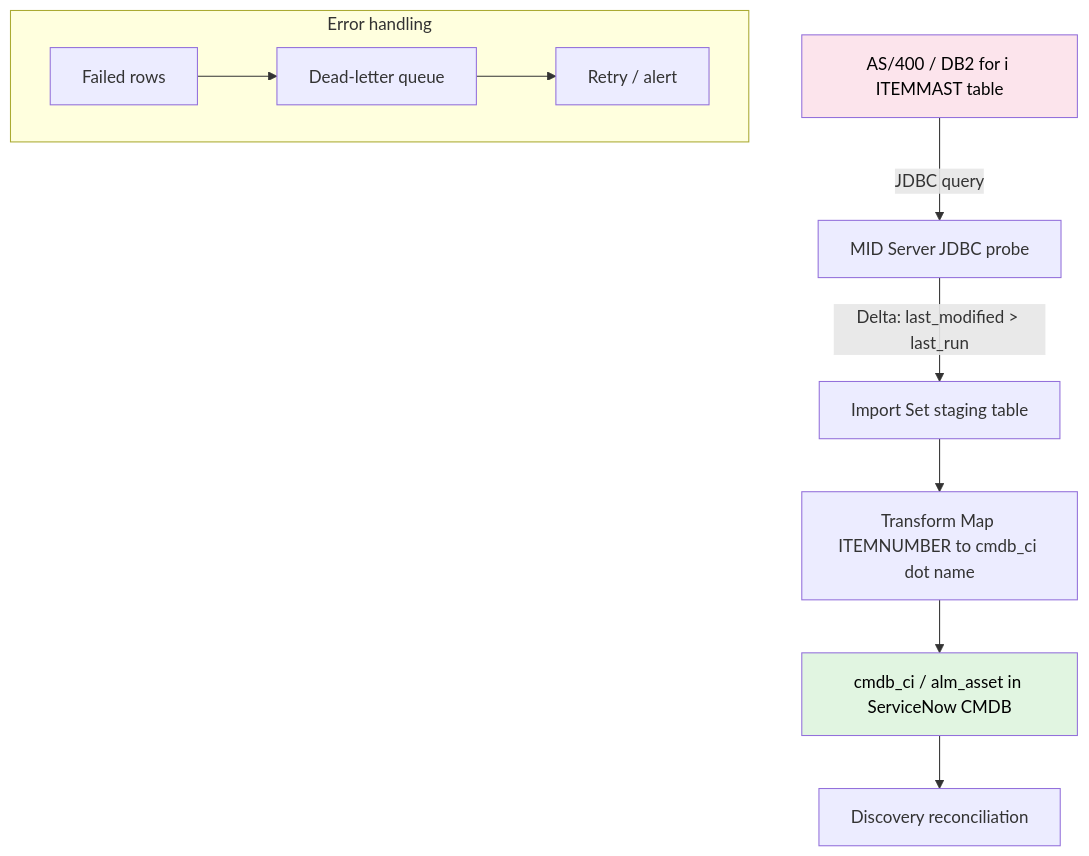
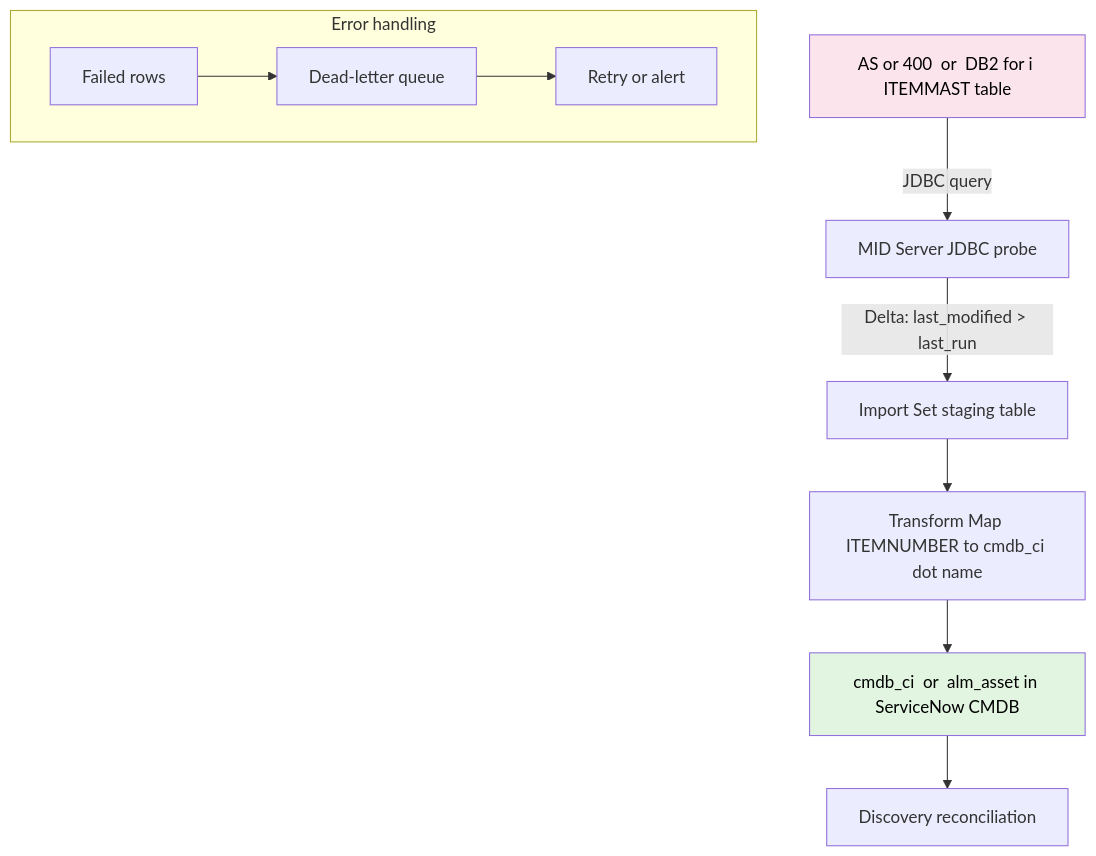
One commit to eltonaguiar/ServiceNow_Learning_TSOM-_CSM_FSM_SalesCRM_HAM_ITSM changed the third of 6 diagrams in docs/modules/other/other-guide.md. Above: the diagram before and after it, drawn with Mermaid. The commit also changed other lines of this file and 19 other files, not shown here.

First line of the commit message:
Fix Mermaid diagram syntax errors - replace problematic chars in text content only

````diff
--- a/docs/modules/other/other-guide.md
+++ b/docs/modules/other/other-guide.md
@@ -1348,16 +1348,16 @@
 ```mermaid
 graph TD
-    AS400[AS/400 / DB2 for i ITEMMAST table] -->|JDBC query| MID[MID Server JDBC probe]
+    AS400[AS or 400  or  DB2 for i ITEMMAST table] -->|JDBC query| MID[MID Server JDBC probe]
     MID -->|Delta: last_modified > last_run| staging[Import Set staging table]
     staging --> TM[Transform Map ITEMNUMBER to cmdb_ci dot name]
-    TM --> CMDB[cmdb_ci / alm_asset in ServiceNow CMDB]
+    TM --> CMDB[cmdb_ci  or  alm_asset in ServiceNow CMDB]
     CMDB --> Disc[Discovery reconciliation]
 
     subgraph Error handling
         Fail[Failed rows] --> DL[Dead-letter queue]
-        DL --> Retry[Retry / alert]
+        DL --> Retry[Retry  or  alert]
     end
 
     style AS400 fill:#fce4ec,color:#000
     style CMDB fill:#e1f5e1,color:#000
 ```
````
